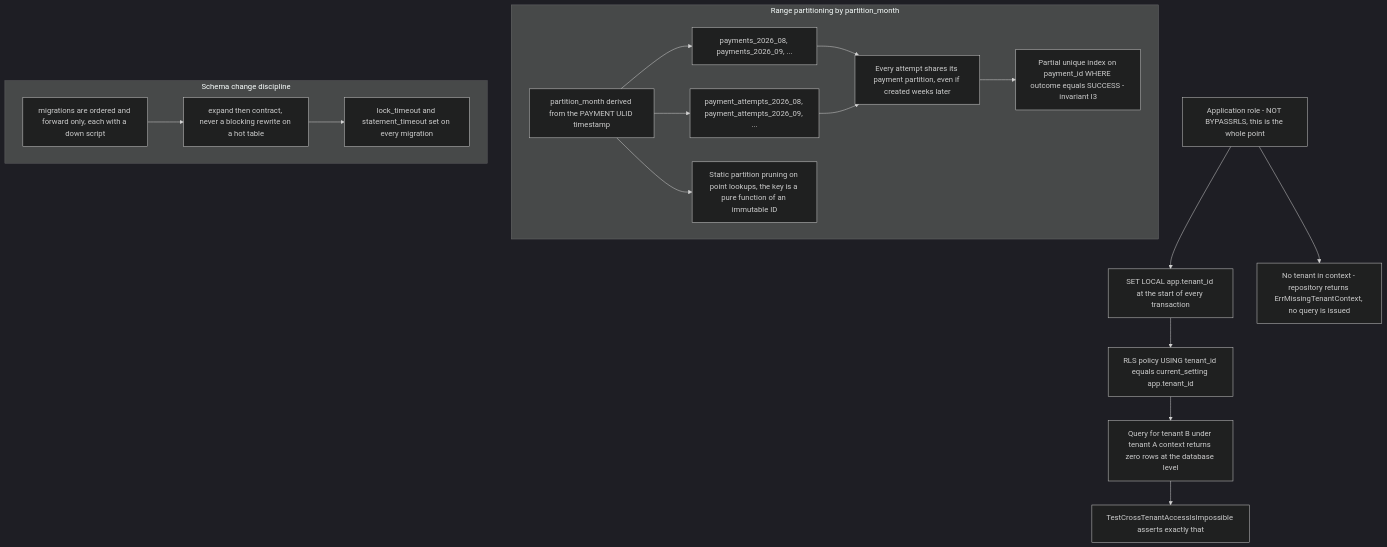
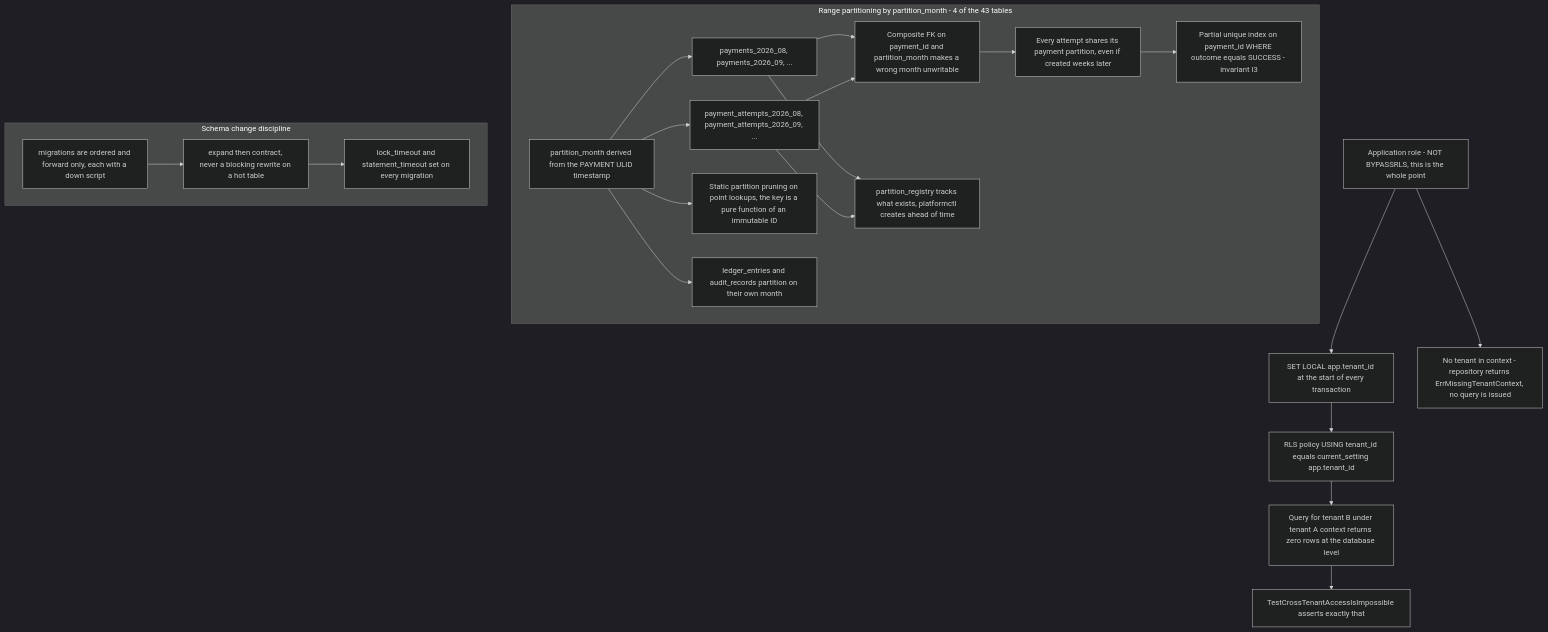
Before and after one commit to udaykishore-resu/payments-platform: the third of 3 diagrams in docs/diagrams/14-database-architecture.md, drawn with Mermaid (dark theme). The commit also changed other lines of this file and 67 other files, not shown here.

````diff
--- a/docs/diagrams/14-database-architecture.md
+++ b/docs/diagrams/14-database-architecture.md
@@ -125,35 +136,42 @@
 ```mermaid
 flowchart TB
   APPROLE["Application role - NOT BYPASSRLS, this is the whole point"]
   SETL["SET LOCAL app.tenant_id at the start of every transaction"]
   RLSP["RLS policy USING tenant_id equals current_setting app.tenant_id"]
   NOCTX["No tenant in context - repository returns ErrMissingTenantContext, no query is issued"]
   CROSS["Query for tenant B under tenant A context returns zero rows at the database level"]
   TEST["TestCrossTenantAccessIsImpossible asserts exactly that"]
 
-  subgraph PART["Range partitioning by partition_month"]
+  subgraph PART["Range partitioning by partition_month - 4 of the 43 tables"]
     PKEY["partition_month derived from the PAYMENT ULID timestamp"]
     PP["payments_2026_08, payments_2026_09, ..."]
     PA["payment_attempts_2026_08, payment_attempts_2026_09, ..."]
+    OTHER["ledger_entries and audit_records partition on their own month"]
+    FK["Composite FK on payment_id and partition_month makes a wrong month unwritable"]
     ALIGN["Every attempt shares its payment partition, even if created weeks later"]
     IDX["Partial unique index on payment_id WHERE outcome equals SUCCESS - invariant I3"]
     PRUNE["Static partition pruning on point lookups, the key is a pure function of an immutable ID"]
+    REG["partition_registry tracks what exists, platformctl creates ahead of time"]
   end
 
   subgraph MIG["Schema change discipline"]
     FWD["migrations are ordered and forward only, each with a down script"]
     EXP["expand then contract, never a blocking rewrite on a hot table"]
     LOCK["lock_timeout and statement_timeout set on every migration"]
   end
 
   APPROLE --> SETL --> RLSP
   APPROLE --> NOCTX
   RLSP --> CROSS --> TEST
   PKEY --> PP
   PKEY --> PA
-  PP --> ALIGN
-  PA --> ALIGN
+  PP --> FK
+  PA --> FK
+  FK --> ALIGN
   ALIGN --> IDX
   PKEY --> PRUNE
+  PKEY --> OTHER
+  PP --> REG
+  PA --> REG
   FWD --> EXP --> LOCK
 ```
````
